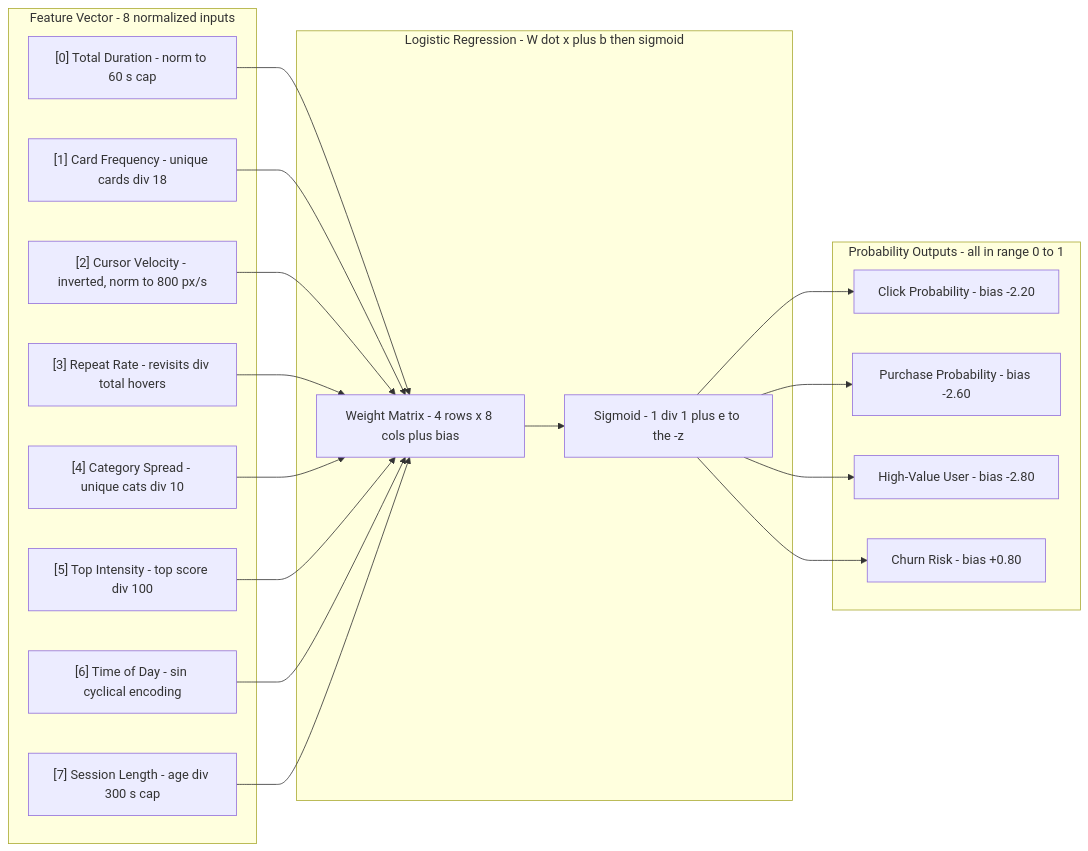
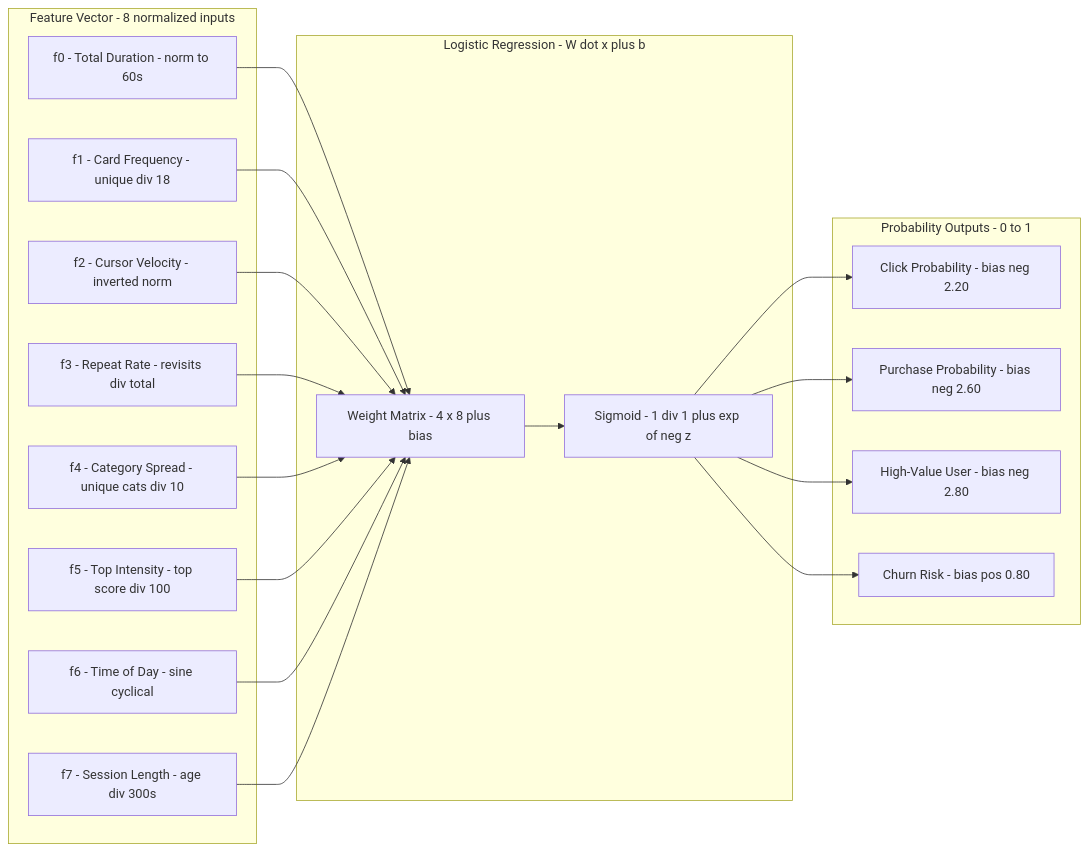
The third of 6 diagrams in README.md (hkevin01/HoverSense), drawn with Mermaid before and after one commit. The commit also changed other lines of this file, not shown here.

Commit message:
Refactor diagrams in README for clarity and consistency

````diff
--- a/README.md
+++ b/README.md
@@ -261,36 +261,36 @@
 ```mermaid
 graph LR
-    subgraph Features ["Feature Vector - 8 normalized inputs"]
-        F0["[0] Total Duration - norm to 60 s cap"]
-        F1["[1] Card Frequency - unique cards div 18"]
-        F2["[2] Cursor Velocity - inverted, norm to 800 px/s"]
-        F3["[3] Repeat Rate - revisits div total hovers"]
-        F4["[4] Category Spread - unique cats div 10"]
-        F5["[5] Top Intensity - top score div 100"]
-        F6["[6] Time of Day - sin cyclical encoding"]
-        F7["[7] Session Length - age div 300 s cap"]
+    subgraph Features[Feature Vector - 8 normalized inputs]
+        F0[f0 - Total Duration - norm to 60s]
+        F1[f1 - Card Frequency - unique div 18]
+        F2[f2 - Cursor Velocity - inverted norm]
+        F3[f3 - Repeat Rate - revisits div total]
+        F4[f4 - Category Spread - unique cats div 10]
+        F5[f5 - Top Intensity - top score div 100]
+        F6[f6 - Time of Day - sine cyclical]
+        F7[f7 - Session Length - age div 300s]
     end
-    subgraph Model_Core ["Logistic Regression - W dot x plus b then sigmoid"]
-        W["Weight Matrix - 4 rows x 8 cols plus bias"]
-        S["Sigmoid - 1 div 1 plus e to the -z"]
+    subgraph ModelCore[Logistic Regression - W dot x plus b]
+        W[Weight Matrix - 4 x 8 plus bias]
+        S[Sigmoid - 1 div 1 plus exp of neg z]
     end
-    subgraph Outputs ["Probability Outputs - all in range 0 to 1"]
-        O1["Click Probability - bias -2.20"]
-        O2["Purchase Probability - bias -2.60"]
-        O3["High-Value User - bias -2.80"]
-        O4["Churn Risk - bias +0.80"]
+    subgraph Outputs[Probability Outputs - 0 to 1]
+        O1[Click Probability - bias neg 2.20]
+        O2[Purchase Probability - bias neg 2.60]
+        O3[High-Value User - bias neg 2.80]
+        O4[Churn Risk - bias pos 0.80]
     end
     F0 --> W
     F1 --> W
     F2 --> W
     F3 --> W
     F4 --> W
     F5 --> W
     F6 --> W
     F7 --> W
     W --> S
     S --> O1
     S --> O2
     S --> O3
     S --> O4
 ```
````
